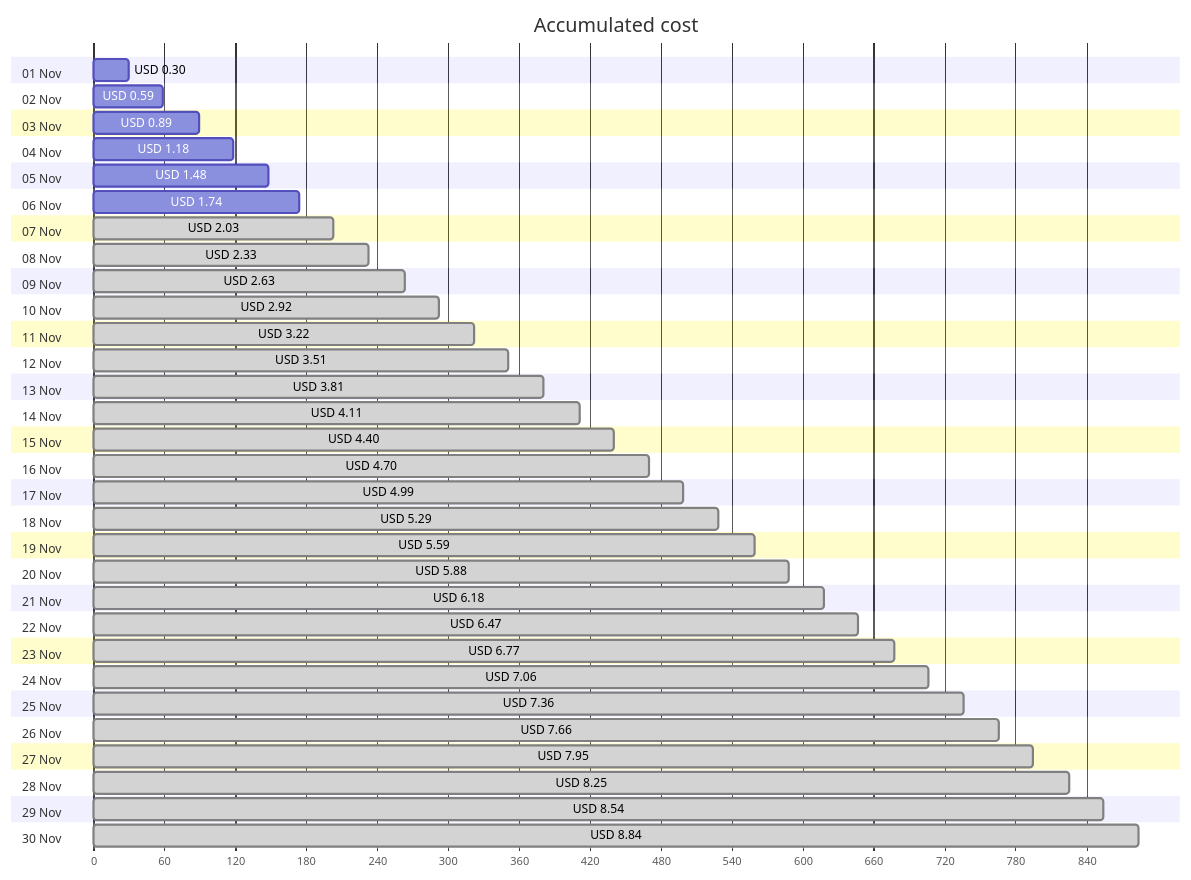
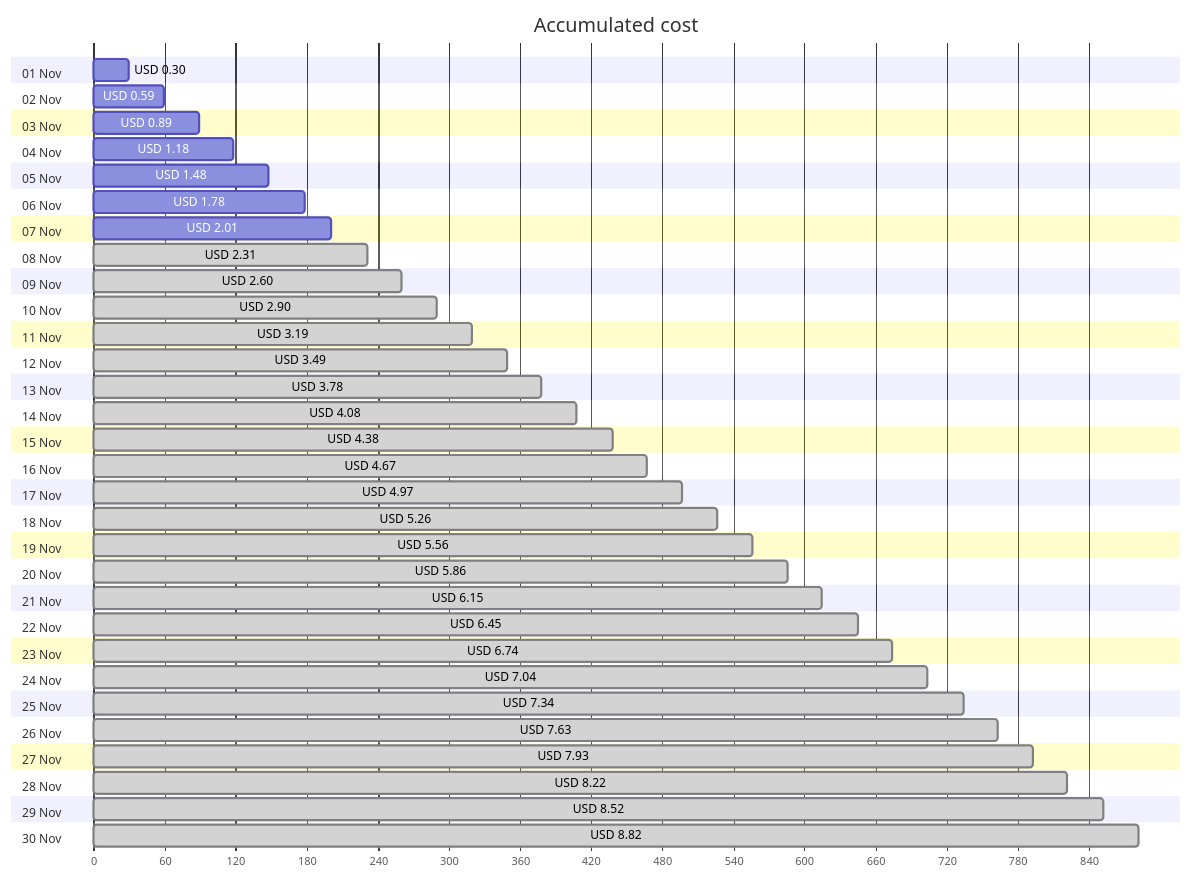
The first of 4 diagrams in cost-reports/personal-site/personal-site-preview.md (jpfulton/azure-personal-reports), drawn with Mermaid before and after one commit. The commit also changed other lines of this file and 6 other files, not shown here.

````diff
--- a/cost-reports/personal-site/personal-site-preview.md
+++ b/cost-reports/personal-site/personal-site-preview.md
@@ -20,66 +20,66 @@
 ```mermaid
 gantt
    title Accumulated cost
    dateFormat  X
    axisFormat %s
    section 01 Nov
    USD 0.30 :0, 30
    section 02 Nov
    USD 0.59 :0, 59
    section 03 Nov
    USD 0.89 :0, 89
    section 04 Nov
    USD 1.18 :0, 118
    section 05 Nov
    USD 1.48 :0, 148
    section 06 Nov
-   USD 1.74 :0, 174
+   USD 1.78 :0, 178
    section 07 Nov
-   USD 2.03 : done, 0, 203
+   USD 2.01 :0, 201
    section 08 Nov
-   USD 2.33 : done, 0, 233
+   USD 2.31 : done, 0, 231
    section 09 Nov
-   USD 2.63 : done, 0, 263
+   USD 2.60 : done, 0, 260
    section 10 Nov
-   USD 2.92 : done, 0, 292
+   USD 2.90 : done, 0, 290
    section 11 Nov
-   USD 3.22 : done, 0, 322
+   USD 3.19 : done, 0, 319
    section 12 Nov
-   USD 3.51 : done, 0, 351
+   USD 3.49 : done, 0, 349
    section 13 Nov
-   USD 3.81 : done, 0, 381
+   USD 3.78 : done, 0, 378
    section 14 Nov
-   USD 4.11 : done, 0, 411
+   USD 4.08 : done, 0, 408
    section 15 Nov
-   USD 4.40 : done, 0, 440
+   USD 4.38 : done, 0, 438
    section 16 Nov
-   USD 4.70 : done, 0, 470
+   USD 4.67 : done, 0, 467
    section 17 Nov
-   USD 4.99 : done, 0, 499
+   USD 4.97 : done, 0, 497
    section 18 Nov
-   USD 5.29 : done, 0, 529
+   USD 5.26 : done, 0, 526
    section 19 Nov
-   USD 5.59 : done, 0, 559
+   USD 5.56 : done, 0, 556
    section 20 Nov
-   USD 5.88 : done, 0, 588
+   USD 5.86 : done, 0, 586
    section 21 Nov
-   USD 6.18 : done, 0, 618
+   USD 6.15 : done, 0, 615
    section 22 Nov
-   USD 6.47 : done, 0, 647
+   USD 6.45 : done, 0, 645
    section 23 Nov
-   USD 6.77 : done, 0, 677
+   USD 6.74 : done, 0, 674
    section 24 Nov
-   USD 7.06 : done, 0, 706
+   USD 7.04 : done, 0, 704
    section 25 Nov
-   USD 7.36 : done, 0, 736
+   USD 7.34 : done, 0, 734
    section 26 Nov
-   USD 7.66 : done, 0, 766
+   USD 7.63 : done, 0, 763
    section 27 Nov
-   USD 7.95 : done, 0, 795
+   USD 7.93 : done, 0, 793
    section 28 Nov
-   USD 8.25 : done, 0, 825
+   USD 8.22 : done, 0, 822
    section 29 Nov
-   USD 8.54 : done, 0, 854
+   USD 8.52 : done, 0, 852
    section 30 Nov
-   USD 8.84 : done, 0, 884
+   USD 8.82 : done, 0, 882
 ```
````
